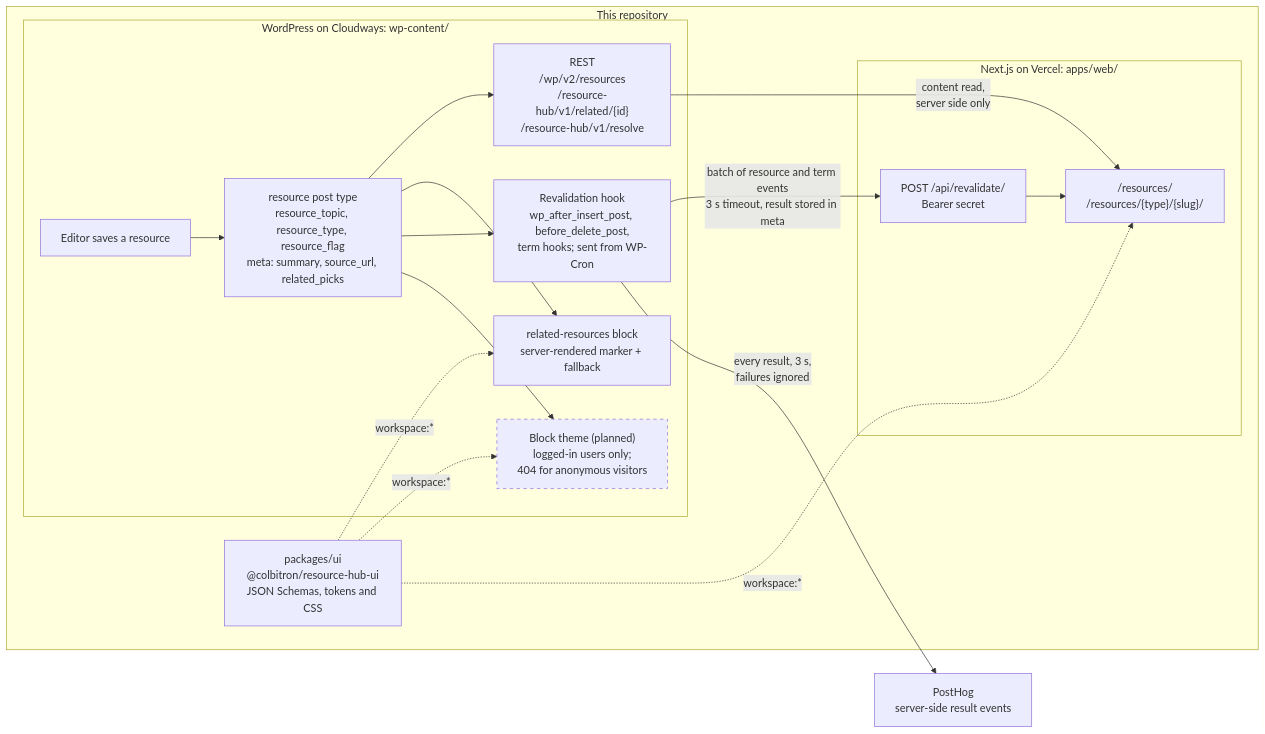
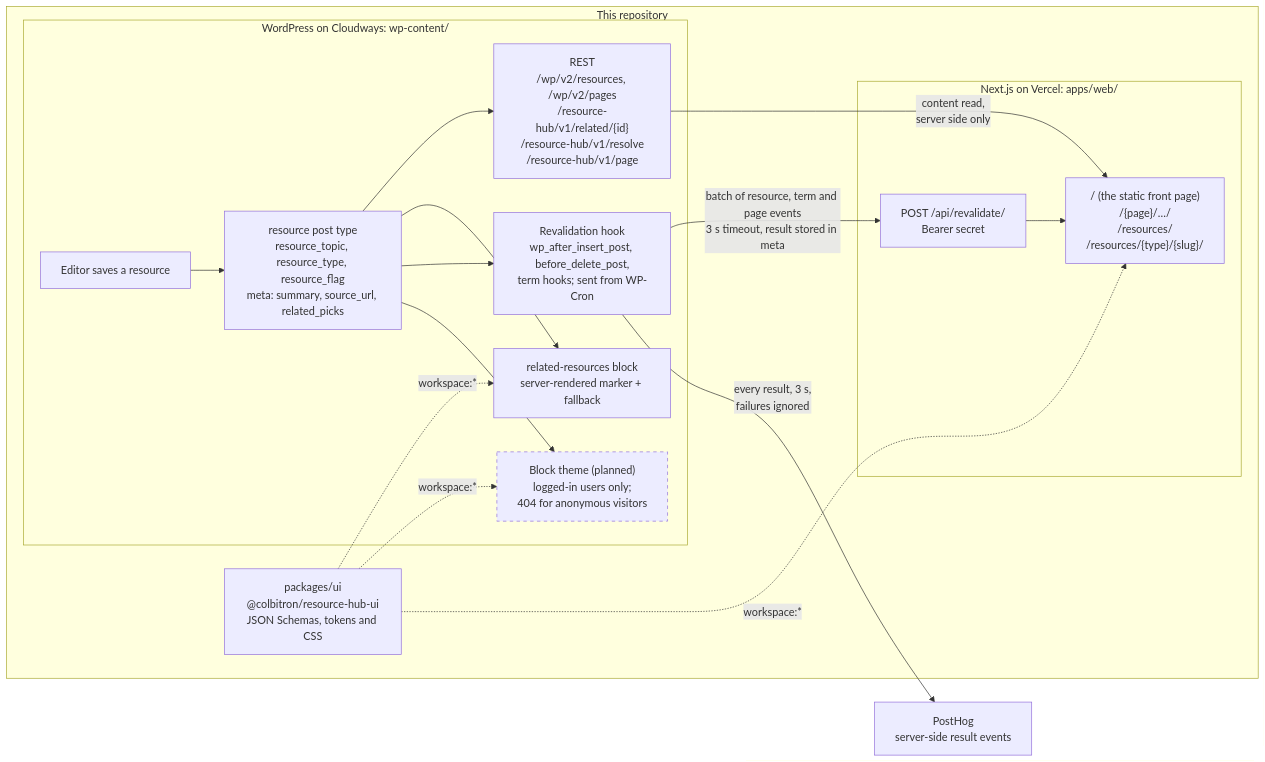
The diagram in README.md (Colbitron/resource-hub-wp), drawn with Mermaid before and after one commit. The commit also changed other lines of this file and 71 other files, not shown here.

````diff
--- a/README.md
+++ b/README.md
@@ -44,38 +45,38 @@
 ```mermaid
 flowchart LR
     subgraph repo["This repository"]
         subgraph wp["WordPress on Cloudways: wp-content/"]
             editor["Editor saves a resource"]
             cpt["resource post type<br/>resource_topic, resource_type, resource_flag<br/>meta: summary, source_url, related_picks"]
-            rest["REST<br/>/wp/v2/resources<br/>/resource-hub/v1/related/{id}<br/>/resource-hub/v1/resolve"]
+            rest["REST<br/>/wp/v2/resources, /wp/v2/pages<br/>/resource-hub/v1/related/{id}<br/>/resource-hub/v1/resolve<br/>/resource-hub/v1/page"]
             block["related-resources block<br/>server-rendered marker + fallback"]
             hook["Revalidation hook<br/>wp_after_insert_post, before_delete_post,<br/>term hooks; sent from WP-Cron"]
             theme["Block theme (planned)<br/>logged-in users only;<br/>404 for anonymous visitors"]
             editor --> cpt
             cpt --> rest
             cpt --> block
             cpt --> hook
             cpt --> theme
         end
 
         ui["packages/ui<br/>@colbitron/resource-hub-ui<br/>JSON Schemas, tokens and CSS"]
 
         subgraph next["Next.js on Vercel: apps/web/"]
             api["POST /api/revalidate/<br/>Bearer secret"]
-            pages["/resources/<br/>/resources/{type}/{slug}/"]
+            pages["/ (the static front page)<br/>/{page}/…/<br/>/resources/<br/>/resources/{type}/{slug}/"]
             api --> pages
         end
     end
 
     posthog["PostHog<br/>server-side result events"]
 
     rest -->|"content read,<br/>server side only"| pages
-    hook -->|"batch of resource and term events<br/>3 s timeout, result stored in meta"| api
+    hook -->|"batch of resource, term and page events<br/>3 s timeout, result stored in meta"| api
     hook -->|"every result, 3 s,<br/>failures ignored"| posthog
     ui -.->|"workspace:*"| block
     ui -.->|"workspace:*"| theme
     ui -.->|"workspace:*"| pages
 
     classDef planned stroke-dasharray: 5 5
     class theme planned
 ```
````
